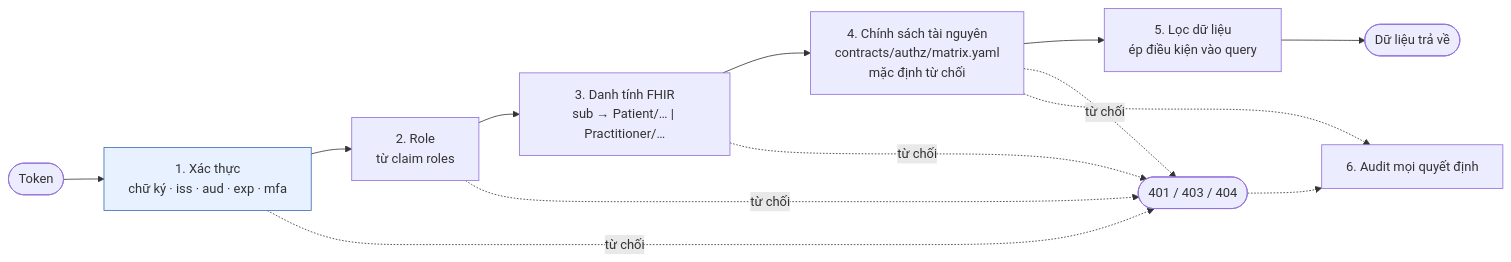
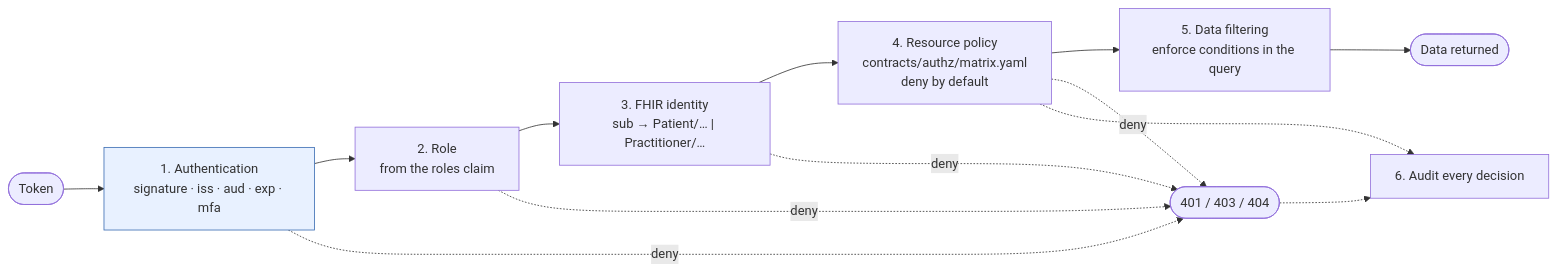
The seventh of 18 diagrams in docs/03-architecture/architecture-diagrams.md (viethung12062005/smart-hospital-platform), drawn with Mermaid before and after one commit. The commit also changed other lines of this file and 346 other files, not shown here.

````diff
--- a/docs/03-architecture/architecture-diagrams.md
+++ b/docs/03-architecture/architecture-diagrams.md
@@ -339,14 +339,14 @@
 ```mermaid
 flowchart LR
-  T(["Token"]) --> L1["1. Xác thực<br/>chữ ký · iss · aud · exp · mfa"]
-  L1 --> L2["2. Role<br/>từ claim roles"]
-  L2 --> L3["3. Danh tính FHIR<br/>sub → Patient/… | Practitioner/…"]
-  L3 --> L4["4. Chính sách tài nguyên<br/>contracts/authz/matrix.yaml<br/>mặc định từ chối"]
-  L4 --> L5["5. Lọc dữ liệu<br/>ép điều kiện vào query"]
-  L5 --> OK(["Dữ liệu trả về"])
-  L1 & L2 & L3 & L4 -. "từ chối" .-> DENY(["401 / 403 / 404"])
-  L4 & DENY -.-> L6["6. Audit mọi quyết định"]
+  T(["Token"]) --> L1["1. Authentication<br/>signature · iss · aud · exp · mfa"]
+  L1 --> L2["2. Role<br/>from the roles claim"]
+  L2 --> L3["3. FHIR identity<br/>sub → Patient/… | Practitioner/…"]
+  L3 --> L4["4. Resource policy<br/>contracts/authz/matrix.yaml<br/>deny by default"]
+  L4 --> L5["5. Data filtering<br/>enforce conditions in the query"]
+  L5 --> OK(["Data returned"])
+  L1 & L2 & L3 & L4 -. "deny" .-> DENY(["401 / 403 / 404"])
+  L4 & DENY -.-> L6["6. Audit every decision"]
 
   classDef gw fill:#e8f1ff,stroke:#3b6db3;
   class L1 gw;
 ```
````
